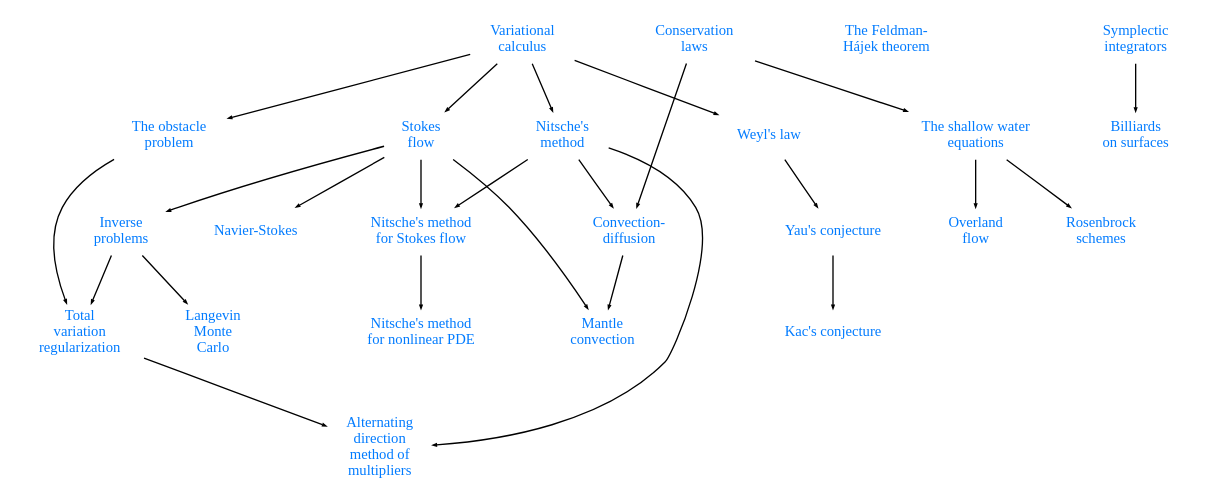
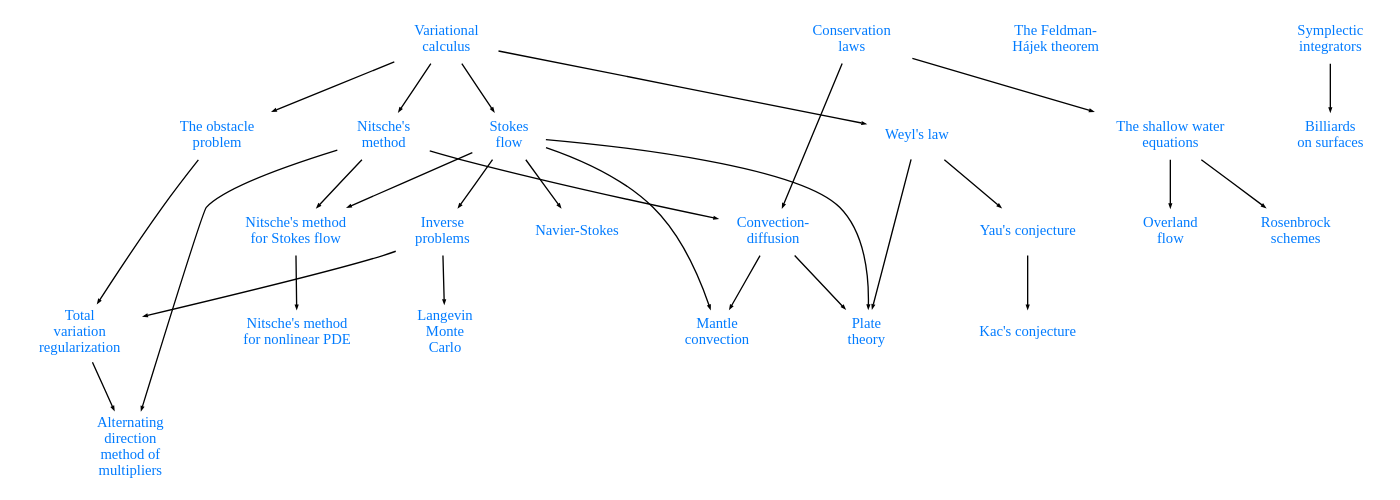
Before and after one commit to danshapero/danshapero.github.io: the diagram in pages/index.rst, drawn with Graphviz. The commit also changed 1 other file, not shown here.

Commit message:
Add plate theory post

```diff
--- a/pages/index.rst
+++ b/pages/index.rst
@@ -17,57 +17,61 @@
 .. graphviz::
 
     digraph posts {
         node [shape="plaintext", fontcolor="#007bff", fontsize="11"];
         edge [arrowsize=0.25];
 
         calc [label="Variational\ncalculus", href="/posts/variational-calculus/"];
         stokes [label="Stokes\nflow", href="/posts/stokes/"];
         karman [label="Navier-Stokes", href="/posts/karman-vortices/"];
         weyl [label="Weyl's law", href="/posts/weyls-law/"];
         yau [label="Yau's conjecture", href="/posts/yau-conjecture/"];
         kac [label="Kac's conjecture", href="/posts/kac-conjecture/"];
         nitsche [label="Nitsche's\nmethod", href="/posts/nitsches-method/"];
         nitsche_stokes [label="Nitsche's method\nfor Stokes flow", href="/posts/nitsches-method-stokes/"];
         nitsche_nonlinear [label="Nitsche's method\nfor nonlinear PDE", href="/posts/nitsches-method-nonlinear/"];
         obstacle [label="The obstacle\nproblem", href="/posts/obstacle-problem/"];
         conservation_laws [label="Conservation\nlaws", href="/posts/conservation-laws/"];
         convection_diffusion [label="Convection-\ndiffusion", href="/posts/convection-diffusion/"];
         mantle_convection [label="Mantle\nconvection", href="/posts/mantle-convection/"];
+        plate_theory [label="Plate\ntheory", href="/posts/plate-theory/"];
         inverse_problems [label="Inverse\nproblems", href="/posts/inverse-problems"];
         feldman_hajek [label="The Feldman-\nHájek theorem", href="/posts/feldman-hajek"];
         total_variation [label="Total\nvariation\nregularization", href="/posts/total-variation"];
         admm [label="Alternating\ndirection\nmethod of\nmultipliers", href="/posts/admm"];
         shallow_water [label="The shallow water\nequations", href="/posts/shallow-water/"];
         overland_flow [label="Overland\nflow", href="/posts/overland-flow/"];
         rosenbrock [label="Rosenbrock\nschemes", href="/posts/rosenbrock/"];
         langevin [label="Langevin\nMonte\nCarlo", href="/posts/langevin-mcmc/"];
         symplectic [label="Symplectic\nintegrators", href="/posts/symplectic-integrators/"];
         billiards [label="Billiards\non surfaces", href="/posts/surface-billiards/"];
 
         {rank=same; calc, conservation_laws};
 
         calc -> weyl;
         calc -> stokes;
         calc -> nitsche;
         calc -> obstacle;
         stokes -> nitsche_stokes;
         stokes -> karman;
         stokes -> inverse_problems;
         inverse_problems -> total_variation;
         nitsche -> admm;
         total_variation -> admm;
         inverse_problems -> langevin;
         obstacle -> total_variation;
         weyl -> yau;
         yau -> kac;
         nitsche -> nitsche_stokes;
         nitsche_stokes -> nitsche_nonlinear;
         conservation_laws -> convection_diffusion;
         conservation_laws -> shallow_water;
         shallow_water -> rosenbrock;
         shallow_water -> overland_flow;
         nitsche -> convection_diffusion;
         convection_diffusion -> mantle_convection;
         stokes -> mantle_convection;
+        weyl -> plate_theory;
+        stokes -> plate_theory;
+        convection_diffusion -> plate_theory;
         symplectic -> billiards;
     }
```
